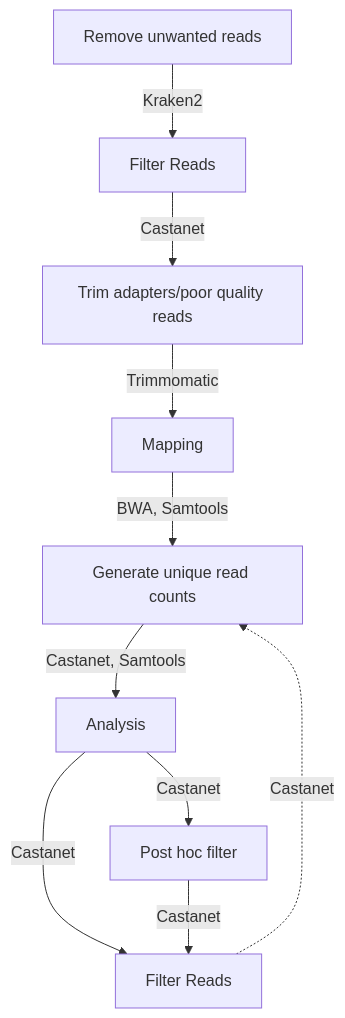
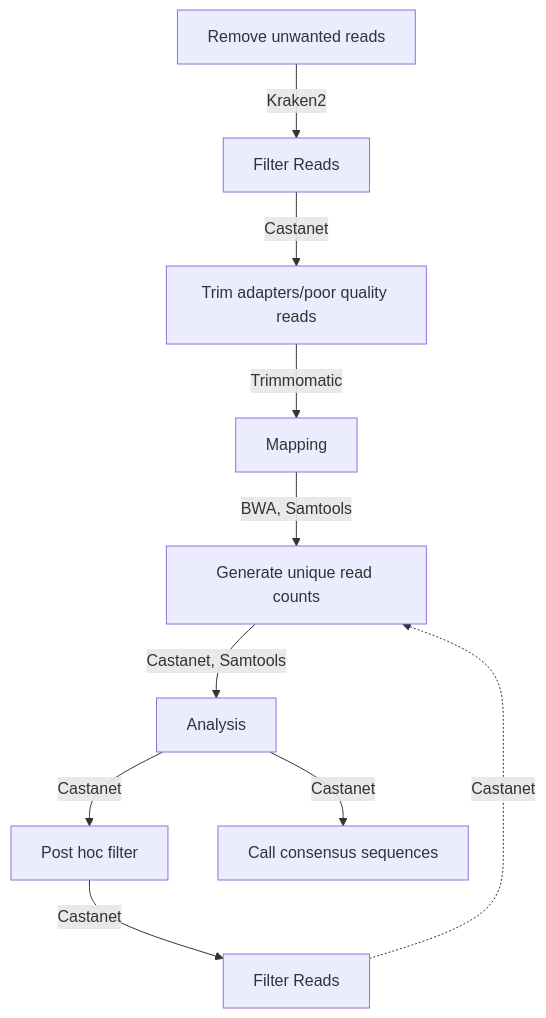
One commit to MultipathogenGenomics/castanet changed the diagram in README.md. Above: the diagram before and after it, drawn with Mermaid.

Commit message:
chore: interim readme update

````diff
--- a/README.md
+++ b/README.md
@@ -32,12 +32,12 @@
 ```mermaid
 flowchart TD
     A[Remove unwanted reads]-->|Kraken2|B[participant Filter Reads]
     B[Filter Reads]-->|Castanet|C[Trim adapters/poor quality reads]
     C[Trim adapters/poor quality reads]-->|Trimmomatic|D[Mapping]
     D[Mapping]-->|BWA, Samtools|E[Generate unique read counts]
     E[Generate unique read counts]-->|Castanet, Samtools|F[Analysis]
     F[Analysis]-->|Castanet|G[Post hoc filter]
-    F[Analysis]-->|Castanet|H[Call consensus sequences]
+    F[Analysis]-->|Castanet|I[Call consensus sequences]
     G[Post hoc filter]-->|Castanet|H[Filter Reads]
     H[Filter Reads]-.->|Castanet|E
 ```
````
